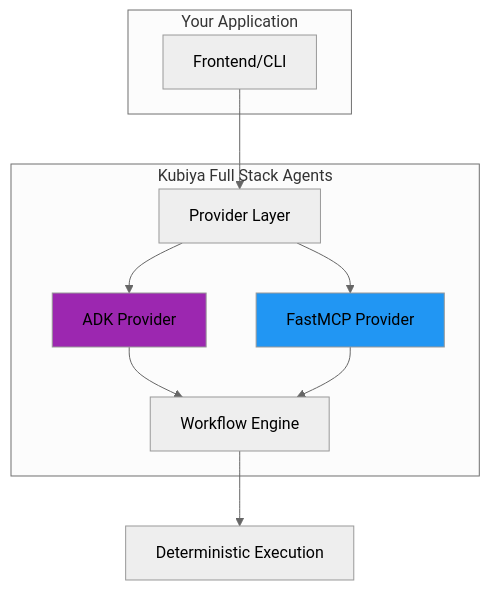
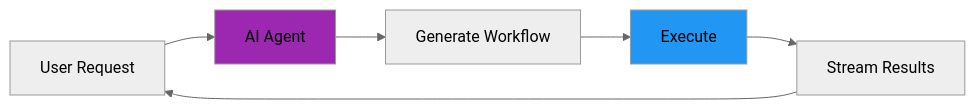
Before and after one commit to kubiyabot/workflow_sdk: the diagram in docs/kubiya/full-stack-agents/overview.mdx, drawn with Mermaid (neutral theme). The commit also changed other lines of this file and 81 other files, not shown here.

````diff
--- a/docs/kubiya/full-stack-agents/overview.mdx
+++ b/docs/kubiya/full-stack-agents/overview.mdx
@@ -47,23 +19,11 @@
 ```mermaid
-graph TB
-    subgraph "Your Application"
-        UI[Frontend/CLI]
-    end
+graph LR
+    User[User Request] --> Agent[AI Agent]
+    Agent --> Workflow[Generate Workflow]
+    Workflow --> Execute[Execute]
+    Execute --> Stream[Stream Results]
+    Stream --> User
     
-    subgraph "Kubiya Full Stack Agents"
-        Provider[Provider Layer]
-        ADK[ADK Provider]
-        MCP[FastMCP Provider]
-        WF[Workflow Engine]
-    end
-    
-    UI --> Provider
-    Provider --> ADK
-    Provider --> MCP
-    ADK --> WF
-    MCP --> WF
-    WF --> Execution[Deterministic Execution]
-    
-    style ADK fill:#9C27B0
-    style MCP fill:#2196F3
+    style Agent fill:#9C27B0
+    style Execute fill:#2196F3
 ```
````
